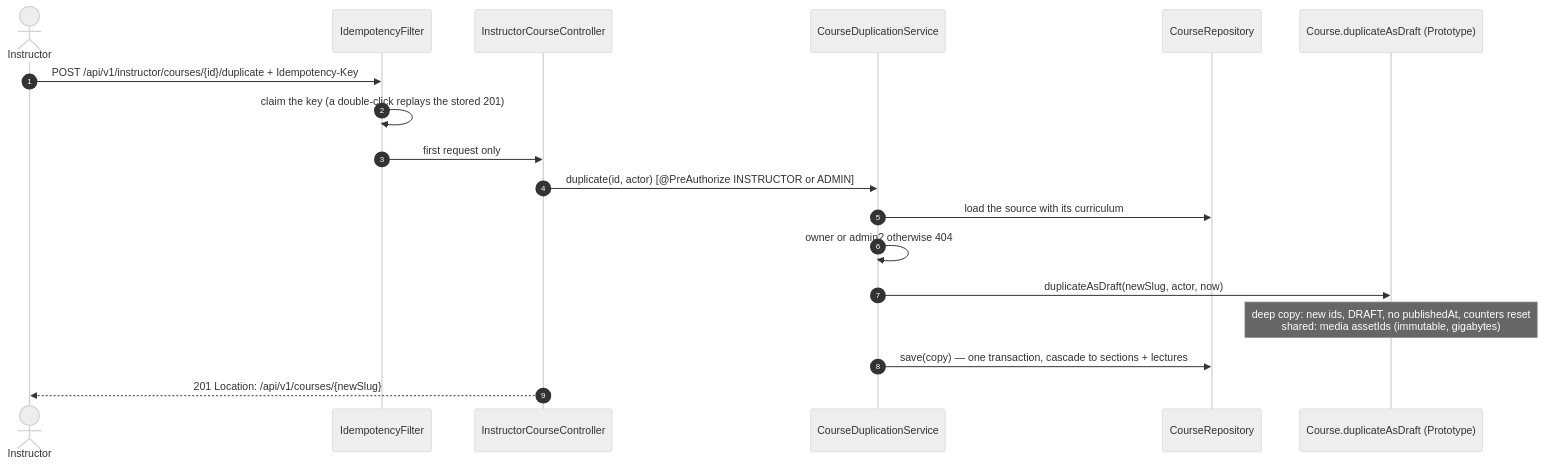
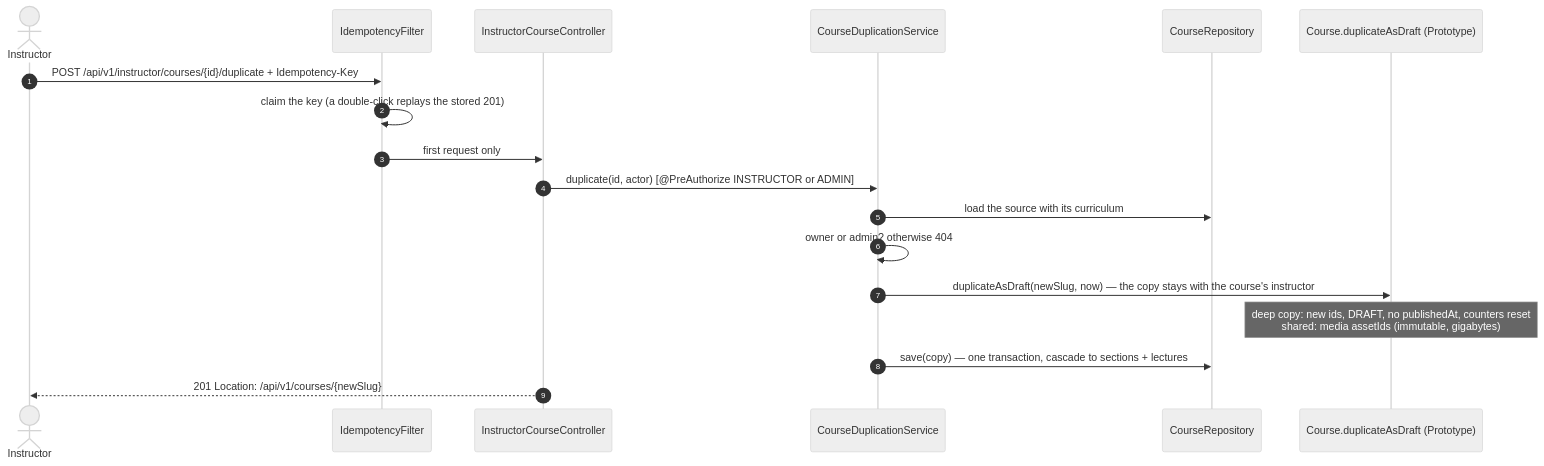
Before and after one commit to b-nimai/Masternova-Spring: the third of 3 diagrams in docs/lld/catalog.md, drawn with Mermaid (neutral theme). The commit also changed other lines of this file and 22 other files, not shown here.

````diff
--- a/docs/lld/catalog.md
+++ b/docs/lld/catalog.md
@@ -177,20 +177,20 @@
 ```mermaid
 sequenceDiagram
   autonumber
   actor I as Instructor
   participant F as IdempotencyFilter
   participant IC as InstructorCourseController
   participant D as CourseDuplicationService
   participant R as CourseRepository
   participant P as Course.duplicateAsDraft (Prototype)
   I->>F: POST /api/v1/instructor/courses/{id}/duplicate + Idempotency-Key
   F->>F: claim the key (a double-click replays the stored 201)
   F->>IC: first request only
   IC->>D: duplicate(id, actor)   [@PreAuthorize INSTRUCTOR or ADMIN]
   D->>R: load the source with its curriculum
   D->>D: owner or admin? otherwise 404
-  D->>P: duplicateAsDraft(newSlug, actor, now)
+  D->>P: duplicateAsDraft(newSlug, now) — the copy stays with the course's instructor
   Note over P: deep copy: new ids, DRAFT, no publishedAt, counters reset<br/>shared: media assetIds (immutable, gigabytes)
   D->>R: save(copy) — one transaction, cascade to sections + lectures
   IC-->>I: 201 Location: /api/v1/courses/{newSlug}
 ```
````
